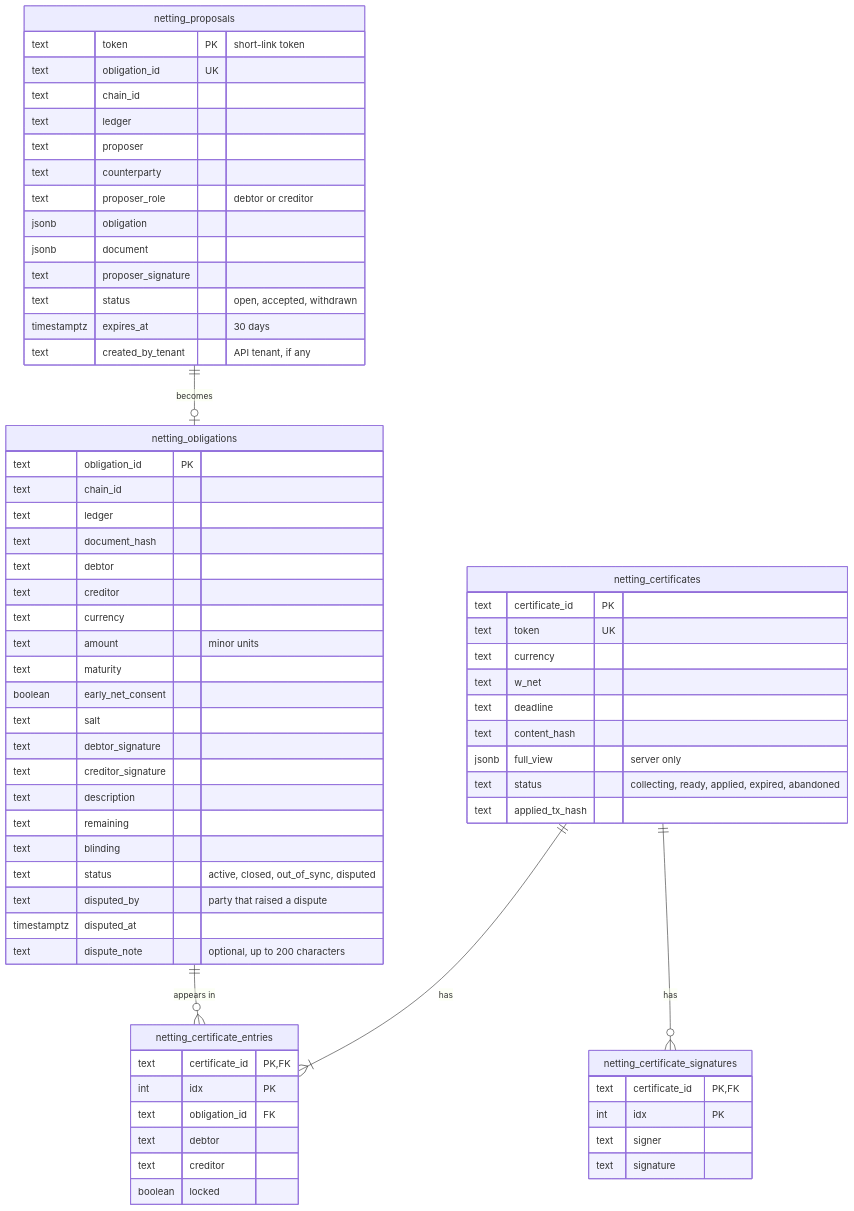
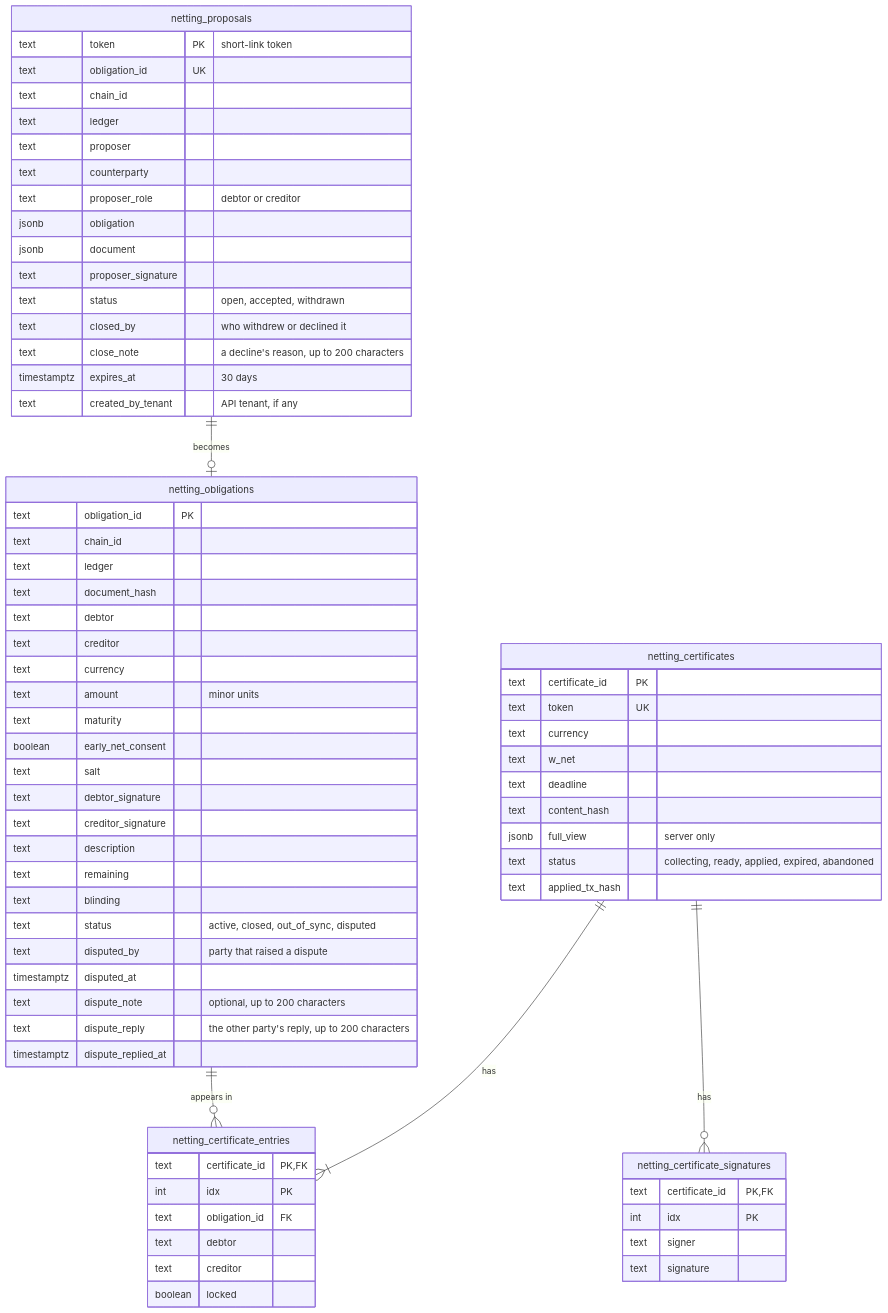
The second of 3 diagrams in docs/gitbook/reference/data-model.md (AduAkorful/contraflow), drawn with Mermaid before and after one commit. The commit also changed 42 other files, not shown here.

First line of the commit message:
feat: add dispute reply functionality and enhance obligation management

````diff
--- a/docs/gitbook/reference/data-model.md
+++ b/docs/gitbook/reference/data-model.md
@@ -68,69 +68,73 @@
 ```mermaid
 erDiagram
   netting_proposals {
     text token PK "short-link token"
     text obligation_id UK
     text chain_id
     text ledger
     text proposer
     text counterparty
     text proposer_role "debtor or creditor"
     jsonb obligation
     jsonb document
     text proposer_signature
     text status "open, accepted, withdrawn"
+    text closed_by "who withdrew or declined it"
+    text close_note "a decline's reason, up to 200 characters"
     timestamptz expires_at "30 days"
     text created_by_tenant "API tenant, if any"
   }
   netting_obligations {
     text obligation_id PK
     text chain_id
     text ledger
     text document_hash
     text debtor
     text creditor
     text currency
     text amount "minor units"
     text maturity
     boolean early_net_consent
     text salt
     text debtor_signature
     text creditor_signature
     text description
     text remaining
     text blinding
     text status "active, closed, out_of_sync, disputed"
     text disputed_by "party that raised a dispute"
     timestamptz disputed_at
     text dispute_note "optional, up to 200 characters"
+    text dispute_reply "the other party's reply, up to 200 characters"
+    timestamptz dispute_replied_at
   }
   netting_certificates {
     text certificate_id PK
     text token UK
     text currency
     text w_net
     text deadline
     text content_hash
     jsonb full_view "server only"
     text status "collecting, ready, applied, expired, abandoned"
     text applied_tx_hash
   }
   netting_certificate_entries {
     text certificate_id PK, FK
     int idx PK
     text obligation_id FK
     text debtor
     text creditor
     boolean locked
   }
   netting_certificate_signatures {
     text certificate_id PK, FK
     int idx PK
     text signer
     text signature
   }
   netting_proposals ||--o| netting_obligations : "becomes"
   netting_certificates ||--|{ netting_certificate_entries : has
   netting_certificates ||--o{ netting_certificate_signatures : has
   netting_obligations ||--o{ netting_certificate_entries : "appears in"
 ```
````
